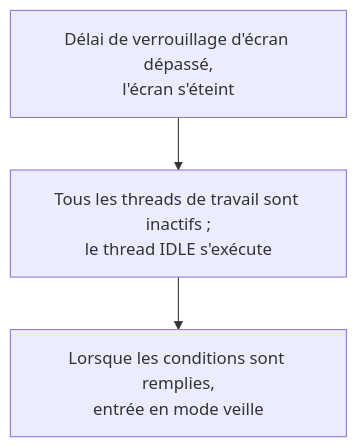
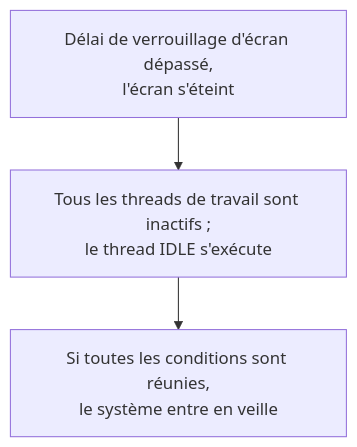
Before and after one commit to uForge-io/uforge-site: the first of 2 diagrams in docs_fr/develop/platforms/sifli-sdk/application-notes/low-power-measurement.md, drawn with Mermaid. The commit also changed other lines of this file and 1299 other files, not shown here.

````diff
--- a/docs_fr/develop/platforms/sifli-sdk/application-notes/low-power-measurement.md
+++ b/docs_fr/develop/platforms/sifli-sdk/application-notes/low-power-measurement.md
@@ -153,6 +153,6 @@
 ```mermaid
 %%{init: {"flowchart": {"htmlLabels": true, "wrappingWidth": 260}}}%%
 flowchart TD
     A["<div style='width:260px;text-align:center'>Délai de verrouillage d'écran dépassé,<br/>l'écran s'éteint</div>"] --> B["<div style='width:260px;text-align:center'>Tous les threads de travail sont inactifs ;<br/>le thread IDLE s'exécute</div>"]
-    B --> C["<div style='width:260px;text-align:center'>Lorsque les conditions sont remplies,<br/>entrée en mode veille</div>"]
+    B --> C["<div style='width:260px;text-align:center'>Si toutes les conditions sont réunies,<br/>le système entre en veille</div>"]
 ```
````
